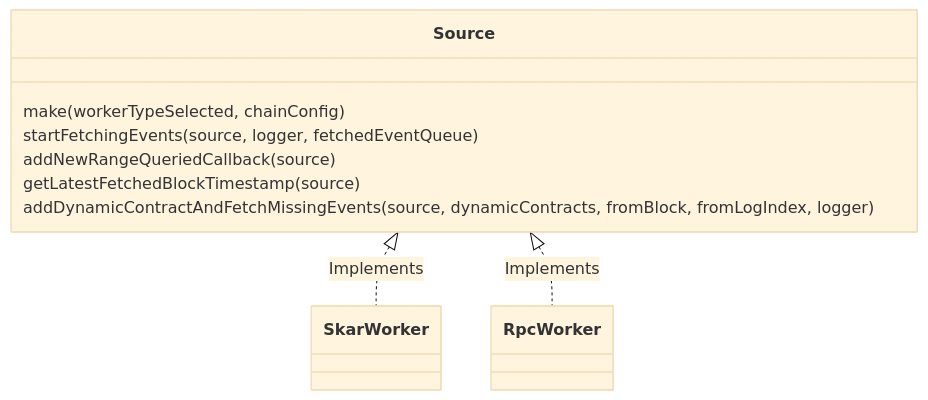
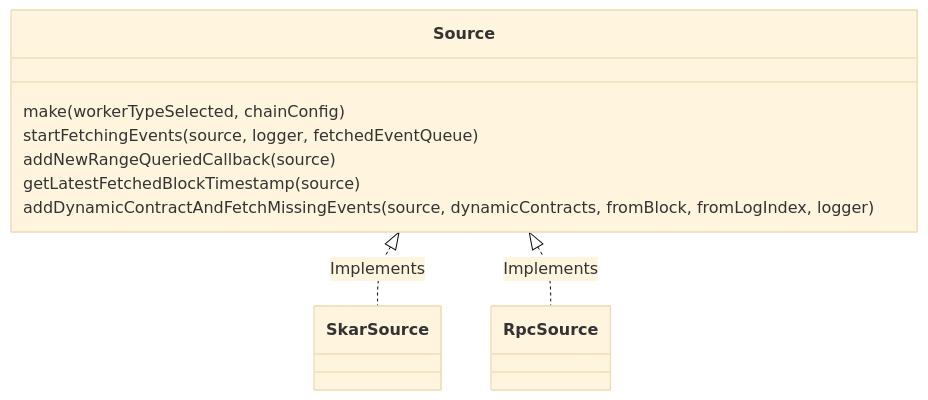
The third of 3 diagrams in internal_docs/EventFetchers.md (enviodev/hyperindex), drawn with Mermaid (base theme) before and after one commit. The commit also changed other lines of this file and 18 other files, not shown here.

Commit message:
Turn worker/source into record instead of module type

````diff
--- a/internal_docs/EventFetchers.md
+++ b/internal_docs/EventFetchers.md
@@ -51,12 +51,12 @@
 ```mermaid
 classDiagram
   class Source {
     make(workerTypeSelected, chainConfig)
     startFetchingEvents(source, logger, fetchedEventQueue)
     addNewRangeQueriedCallback(source)
     getLatestFetchedBlockTimestamp(source)
     addDynamicContractAndFetchMissingEvents(source, dynamicContracts, fromBlock, fromLogIndex, logger)
   }
-  Source <|.. SkarWorker : Implements
-  Source <|.. RpcWorker : Implements
+  Source <|.. SkarSource : Implements
+  Source <|.. RpcSource : Implements
 ```
````
